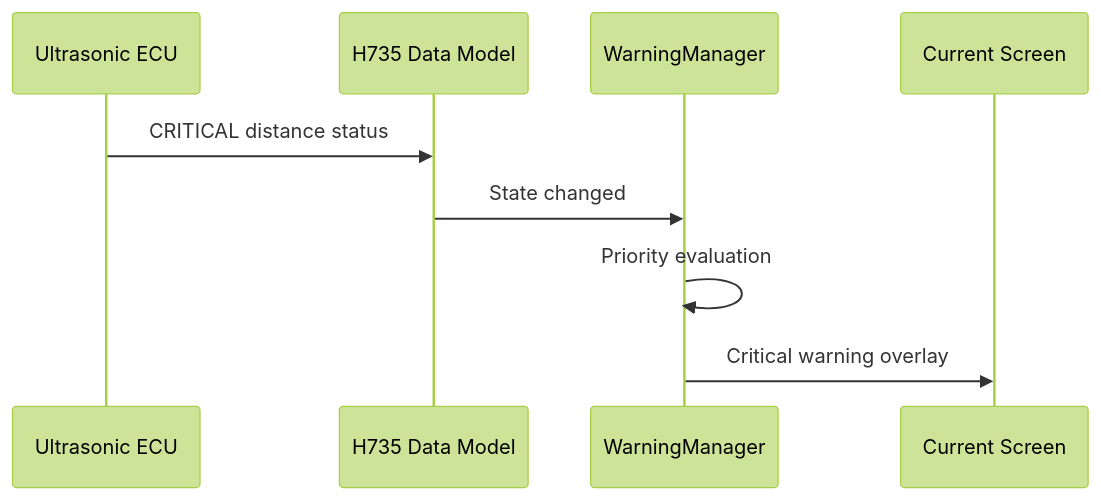
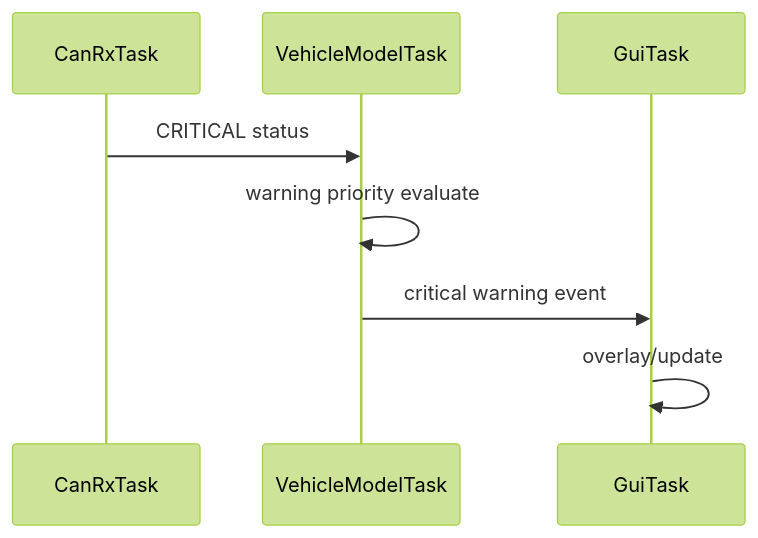
One commit to sunmaan22/SDV_MCU_Project changed the third of 6 diagrams in docs/IVI/ARCHITECTURE.md. Above: the diagram before and after it, drawn with Mermaid (forest theme). The commit also changed other lines of this file and 10 other files, not shown here.

Commit message:
docs: apply FreeRTOS architecture policy across active documentation

````diff
--- a/docs/IVI/ARCHITECTURE.md
+++ b/docs/IVI/ARCHITECTURE.md
@@ -235,12 +286,10 @@
 ```mermaid
 sequenceDiagram
-    participant US as Ultrasonic ECU
-    participant HMI as H735 Data Model
-    participant WARN as WarningManager
-    participant UI as Current Screen
-
-    US->>HMI: CRITICAL distance status
-    HMI->>WARN: State changed
-    WARN->>WARN: Priority evaluation
-    WARN->>UI: Critical warning overlay
+    participant RX as CanRxTask
+    participant MODEL as VehicleModelTask
+    participant GUI as GuiTask
+    RX->>MODEL: CRITICAL status
+    MODEL->>MODEL: warning priority evaluate
+    MODEL->>GUI: critical warning event
+    GUI->>GUI: overlay/update
 ```
````
